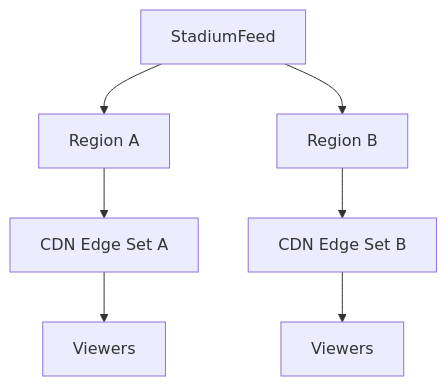
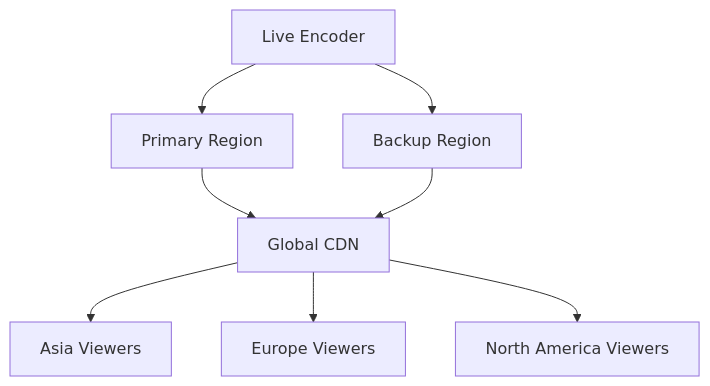
Diagram 11 of 16 in src/content/design-a-live-streaming-service.md (gojosatoru123-ux/CacheU), drawn with Mermaid before and after one commit. The commit also changed other lines of this file and 13 other files, not shown here.

````diff
--- a/src/content/design-a-live-streaming-service.md
+++ b/src/content/design-a-live-streaming-service.md
@@ -685,9 +832,12 @@
 ```mermaid
 flowchart TB
-    StadiumFeed --> Region1[Region A]
-    StadiumFeed --> Region2[Region B]
-    Region1 --> CDN1[CDN Edge Set A]
-    Region2 --> CDN2[CDN Edge Set B]
-    CDN1 --> Viewers1[Viewers]
-    CDN2 --> Viewers2[Viewers]
+    Encoder[Live Encoder] --> Region1[Primary Region]
+    Encoder --> Region2[Backup Region]
+
+    Region1 --> CDNGlobal[Global CDN]
+    Region2 --> CDNGlobal
+
+    CDNGlobal --> Asia[Asia Viewers]
+    CDNGlobal --> Europe[Europe Viewers]
+    CDNGlobal --> NA[North America Viewers]
 ```
````
